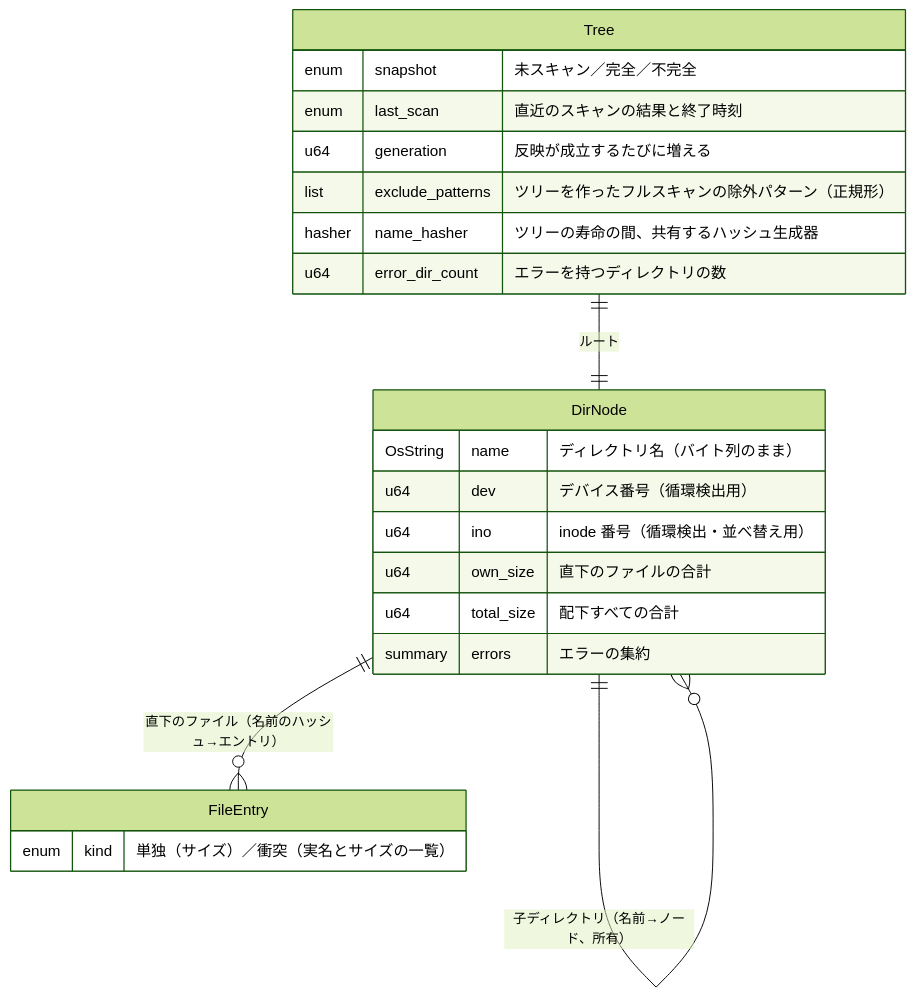
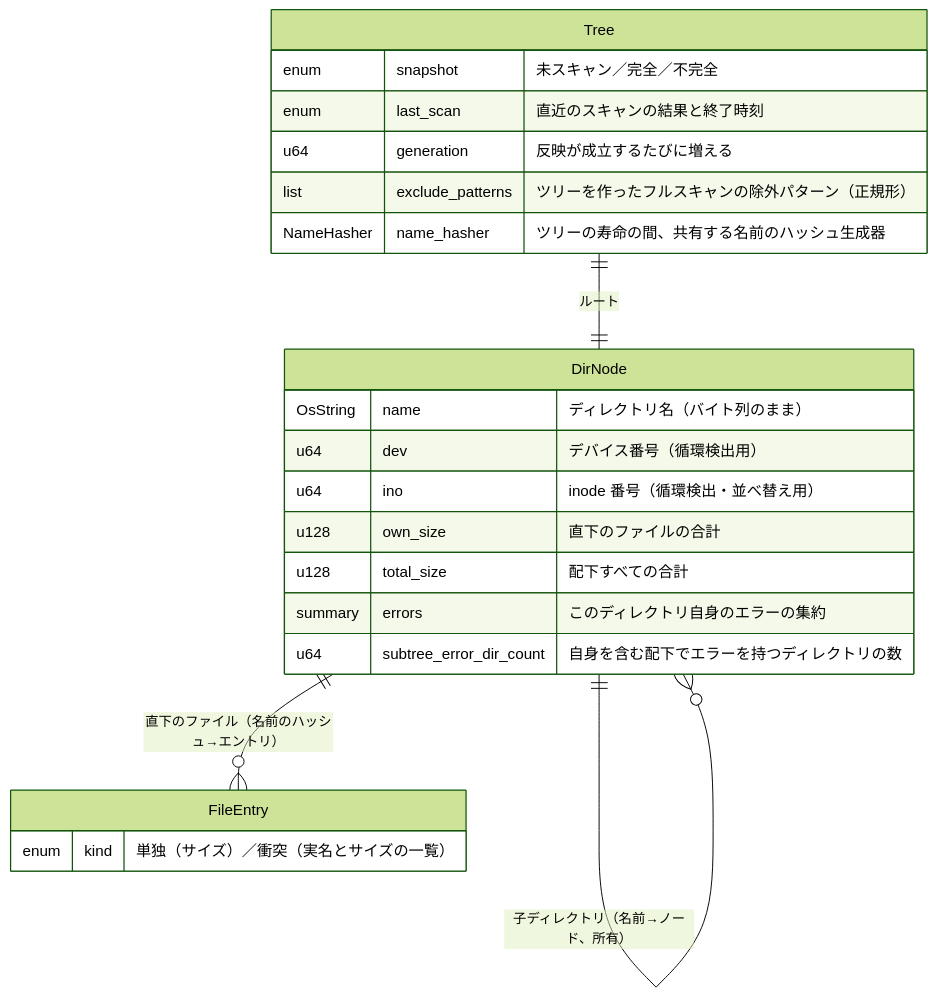
One commit to yumetodo/suminoe_file_server changed the second of 3 diagrams in doc/design/20261101_dir_scan_design.md. Above: the diagram before and after it, drawn with Mermaid (forest theme). The commit also changed other lines of this file, not shown here.

````diff
--- a/doc/design/20261101_dir_scan_design.md
+++ b/doc/design/20261101_dir_scan_design.md
@@ -164,25 +167,25 @@
 ```mermaid
 erDiagram
     Tree ||--|| DirNode : "ルート"
     DirNode ||--o{ DirNode : "子ディレクトリ（名前→ノード、所有）"
     DirNode ||--o{ FileEntry : "直下のファイル（名前のハッシュ→エントリ）"
     Tree {
         enum snapshot "未スキャン／完全／不完全"
         enum last_scan "直近のスキャンの結果と終了時刻"
         u64 generation "反映が成立するたびに増える"
         list exclude_patterns "ツリーを作ったフルスキャンの除外パターン（正規形）"
-        hasher name_hasher "ツリーの寿命の間、共有するハッシュ生成器"
-        u64 error_dir_count "エラーを持つディレクトリの数"
+        NameHasher name_hasher "ツリーの寿命の間、共有する名前のハッシュ生成器"
     }
     DirNode {
         OsString name "ディレクトリ名（バイト列のまま）"
         u64 dev "デバイス番号（循環検出用）"
         u64 ino "inode 番号（循環検出・並べ替え用）"
-        u64 own_size "直下のファイルの合計"
-        u64 total_size "配下すべての合計"
-        summary errors "エラーの集約"
+        u128 own_size "直下のファイルの合計"
+        u128 total_size "配下すべての合計"
+        summary errors "このディレクトリ自身のエラーの集約"
+        u64 subtree_error_dir_count "自身を含む配下でエラーを持つディレクトリの数"
     }
     FileEntry {
         enum kind "単独（サイズ）／衝突（実名とサイズの一覧）"
     }
 ```
````
